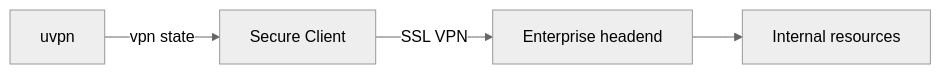
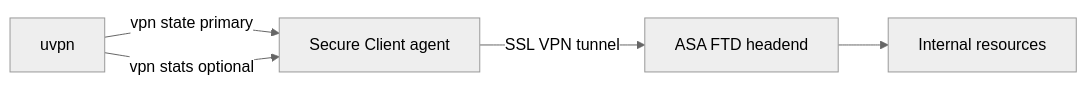
One commit to roto31/Tunnel-Monitor---Universal changed the first of 4 diagrams in docs/vpn-solutions/cisco-anyconnect.md. Above: the diagram before and after it, drawn with Mermaid (neutral theme). The commit also changed other lines of this file and 25 other files, not shown here.

First line of the commit message:
Docs: add vendor citations, topology SVGs, and updated Mermaid.

````diff
--- a/docs/vpn-solutions/cisco-anyconnect.md
+++ b/docs/vpn-solutions/cisco-anyconnect.md
@@ -24,6 +28,7 @@
 ```mermaid
 flowchart LR
-    SC[Secure Client] -->|SSL VPN| HEAD[Enterprise headend]
+    SC[Secure Client agent] -->|SSL VPN tunnel| HEAD[ASA FTD headend]
     HEAD --> APP[Internal resources]
-    uvpn -->|vpn state| SC
+    uvpn -->|vpn state primary| SC
+    uvpn -->|vpn stats optional| SC
 ```
````
